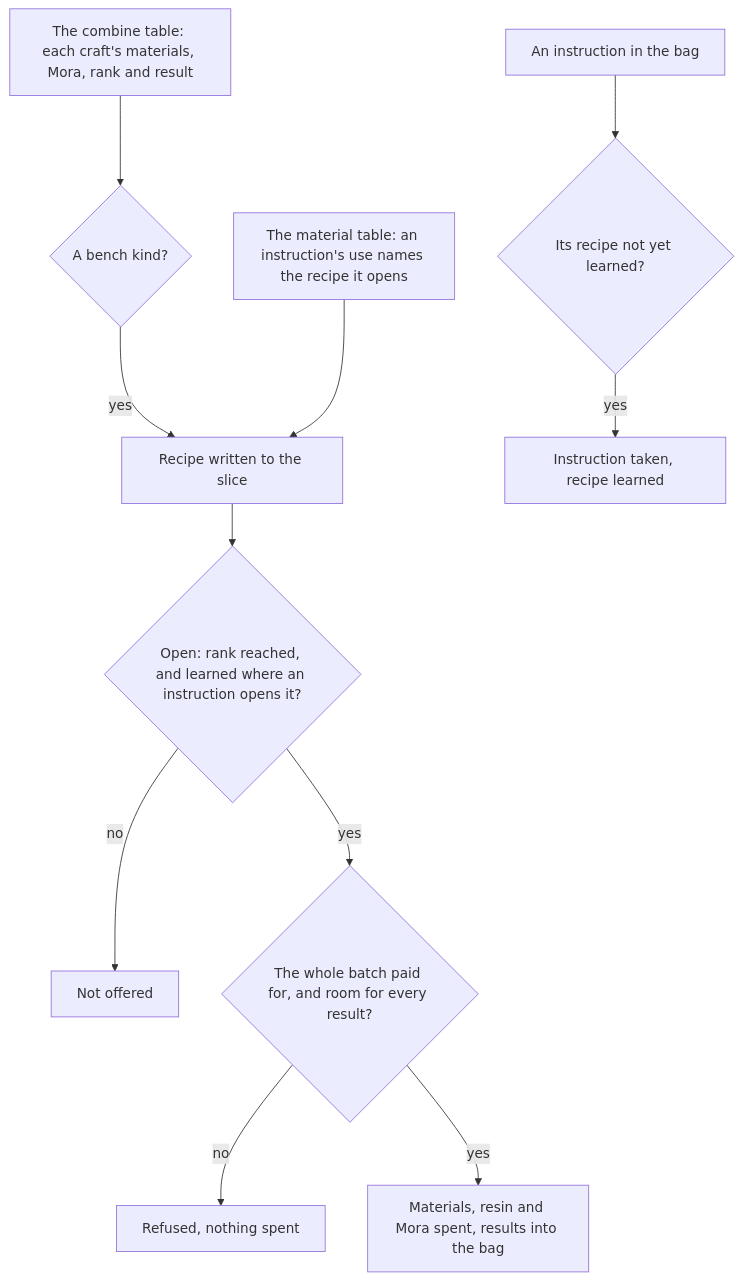
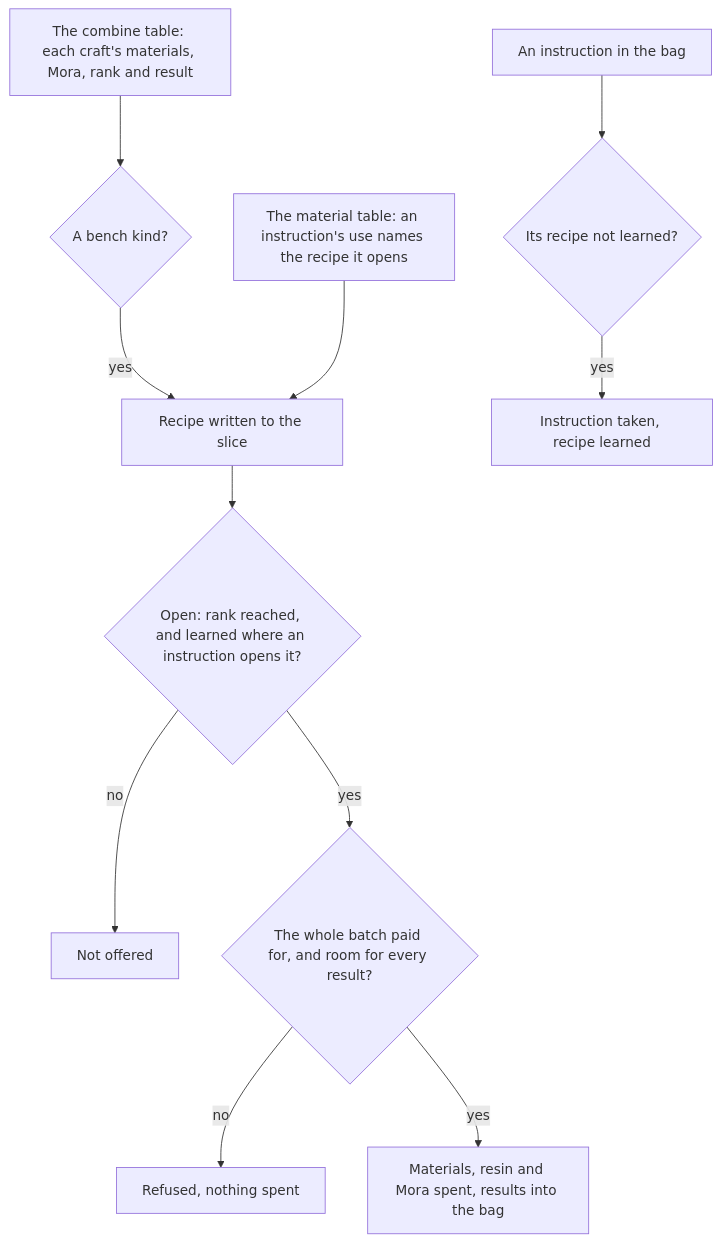
The first of 2 diagrams in openspec/specs/genshin/crafting/design.md (Esposter/Esposter), drawn with Mermaid before and after one commit. The commit also changed other lines of this file and 18 other files, not shown here.

````diff
--- a/openspec/specs/genshin/crafting/design.md
+++ b/openspec/specs/genshin/crafting/design.md
@@ -7,13 +7,13 @@
 ```mermaid
 flowchart TD
   C["The combine table: each craft's materials, Mora, rank and result"] --> K{"A bench kind?"}
   K -->|"yes"| R["Recipe written to the slice"]
   M["The material table: an instruction's use names the recipe it opens"] --> R
   R --> O{"Open: rank reached, and learned where an instruction opens it?"}
   O -->|"no"| H["Not offered"]
   O -->|"yes"| N{"The whole batch paid for, and room for every result?"}
   N -->|"no"| X["Refused, nothing spent"]
   N -->|"yes"| S["Materials, resin and Mora spent, results into the bag"]
-  I["An instruction in the bag"] --> L{"Its recipe not yet learned?"}
+  I["An instruction in the bag"] --> L{"Its recipe not learned?"}
   L -->|"yes"| LN["Instruction taken, recipe learned"]
 ```
````
